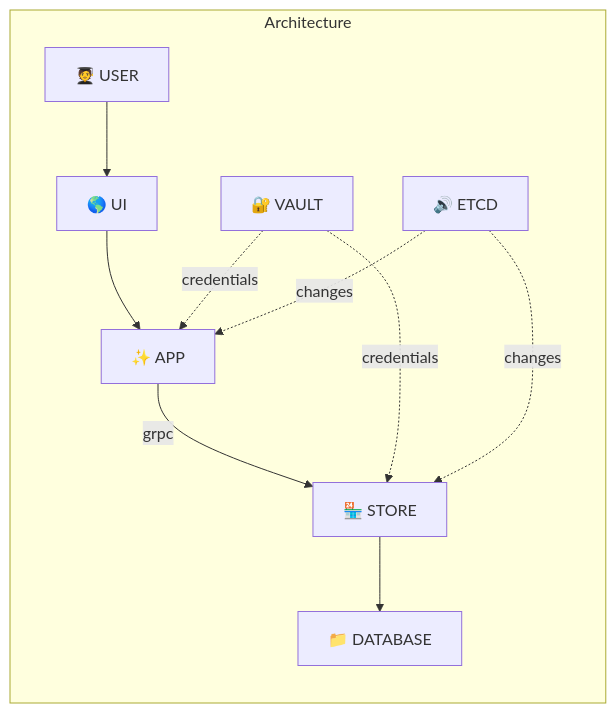
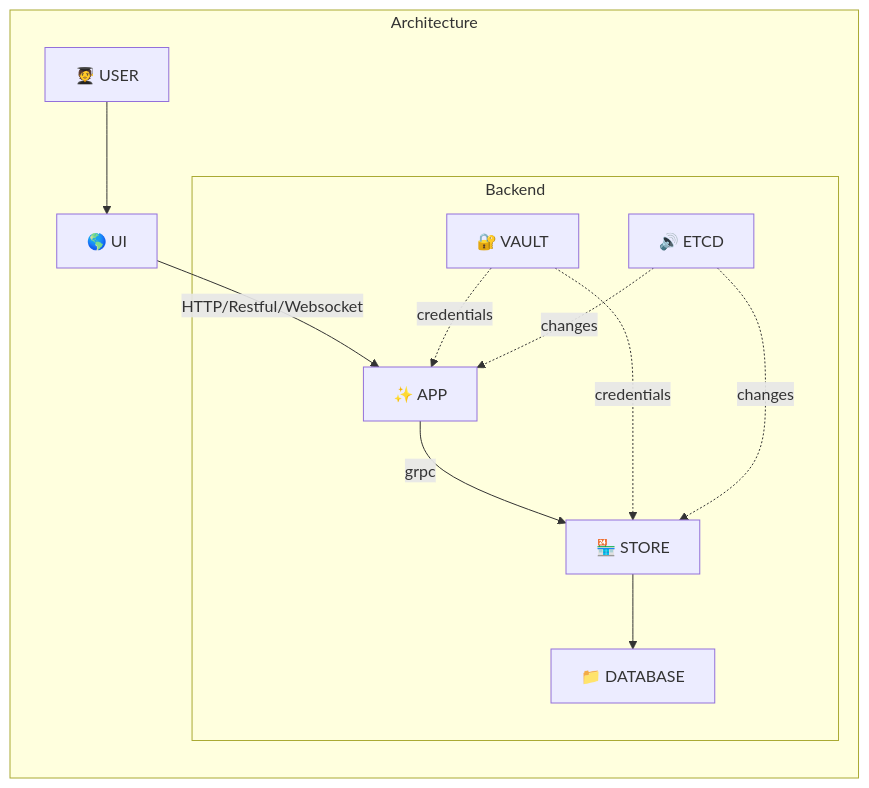
One commit to andytruong/tammy changed the diagram in README.md. Above: the diagram before and after it, drawn with Mermaid.

````diff
--- a/README.md
+++ b/README.md
@@ -4,23 +4,27 @@
 ```mermaid
 graph LR
 
 vault["🔐 VAULT"]
 ui["🌎 UI"]
 app["✨ APP"] 
 store["🏪 STORE"] 
 db["📁 DATABASE"]
 etcd["🔊 ETCD"]
 
 subgraph Architecture
   user["🧑‍🎓 USER"] 
     --> ui
-    --> app
-    -- "grpc" --> store
-    --> db
+    -- "HTTP/Restful/Websocket" --> app
 
-	vault -. "credentials" .-> app
-  vault -. "credentials" .-> store
-  etcd -. "changes" .-> app
-  etcd -. "changes" .-> store
+  subgraph Backend
+      app
+          -- "grpc" --> store
+          --> db
+
+      vault -. "credentials" .-> app
+      vault -. "credentials" .-> store
+      etcd -. "changes" .-> app
+      etcd -. "changes" .-> store
+  end
 end
 ```
````
